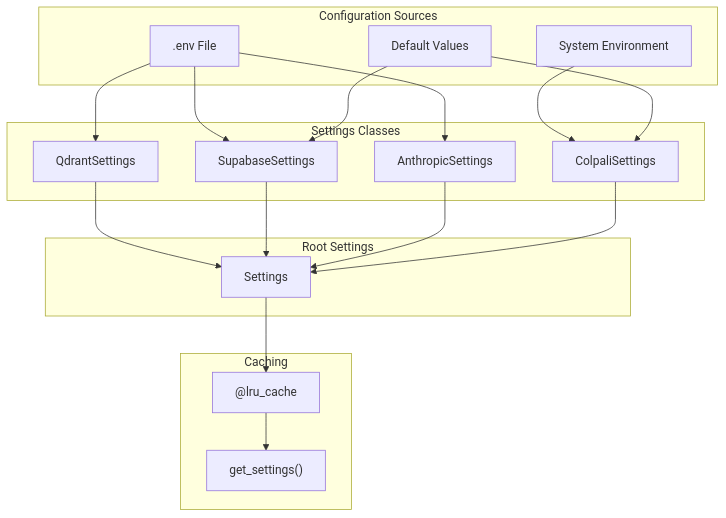
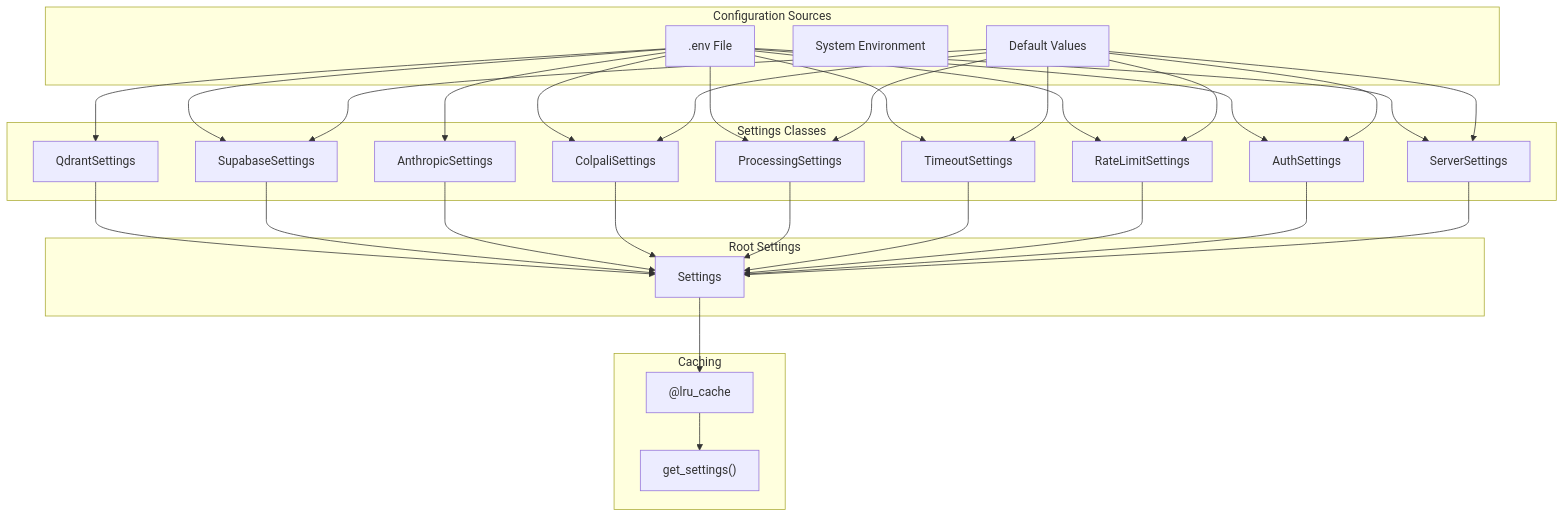
One commit to akosgintl/colpali-rag-app changed the first of 3 diagrams in docs/modules/settings.md. Above: the diagram before and after it, drawn with Mermaid. The commit also changed other lines of this file and 42 other files, not shown here.

````diff
--- a/docs/modules/settings.md
+++ b/docs/modules/settings.md
@@ -14,38 +14,58 @@
 ```mermaid
 graph TD
     subgraph Sources["Configuration Sources"]
         ENV[".env File"]
         SYS["System Environment"]
         DEFAULT["Default Values"]
     end
 
     subgraph Settings["Settings Classes"]
         QS["QdrantSettings"]
         SS["SupabaseSettings"]
         AS["AnthropicSettings"]
         CS["ColpaliSettings"]
+        PS["ProcessingSettings"]
+        TS["TimeoutSettings"]
+        RLS["RateLimitSettings"]
+        AUTH["AuthSettings"]
+        SRV["ServerSettings"]
     end
 
     subgraph Root["Root Settings"]
         RS["Settings"]
     end
 
     subgraph Cache["Caching"]
         LRU["@lru_cache"]
         GET["get_settings()"]
     end
 
     ENV --> QS
     ENV --> SS
     ENV --> AS
-    SYS --> CS
+    ENV --> CS
+    ENV --> PS
+    ENV --> TS
+    ENV --> RLS
+    ENV --> AUTH
+    ENV --> SRV
     DEFAULT --> CS
     DEFAULT --> SS
+    DEFAULT --> PS
+    DEFAULT --> TS
+    DEFAULT --> RLS
+    DEFAULT --> AUTH
+    DEFAULT --> SRV
 
     QS --> RS
     SS --> RS
     AS --> RS
     CS --> RS
+    PS --> RS
+    TS --> RS
+    RLS --> RS
+    AUTH --> RS
+    SRV --> RS
 
     RS --> LRU --> GET
 ```
````
